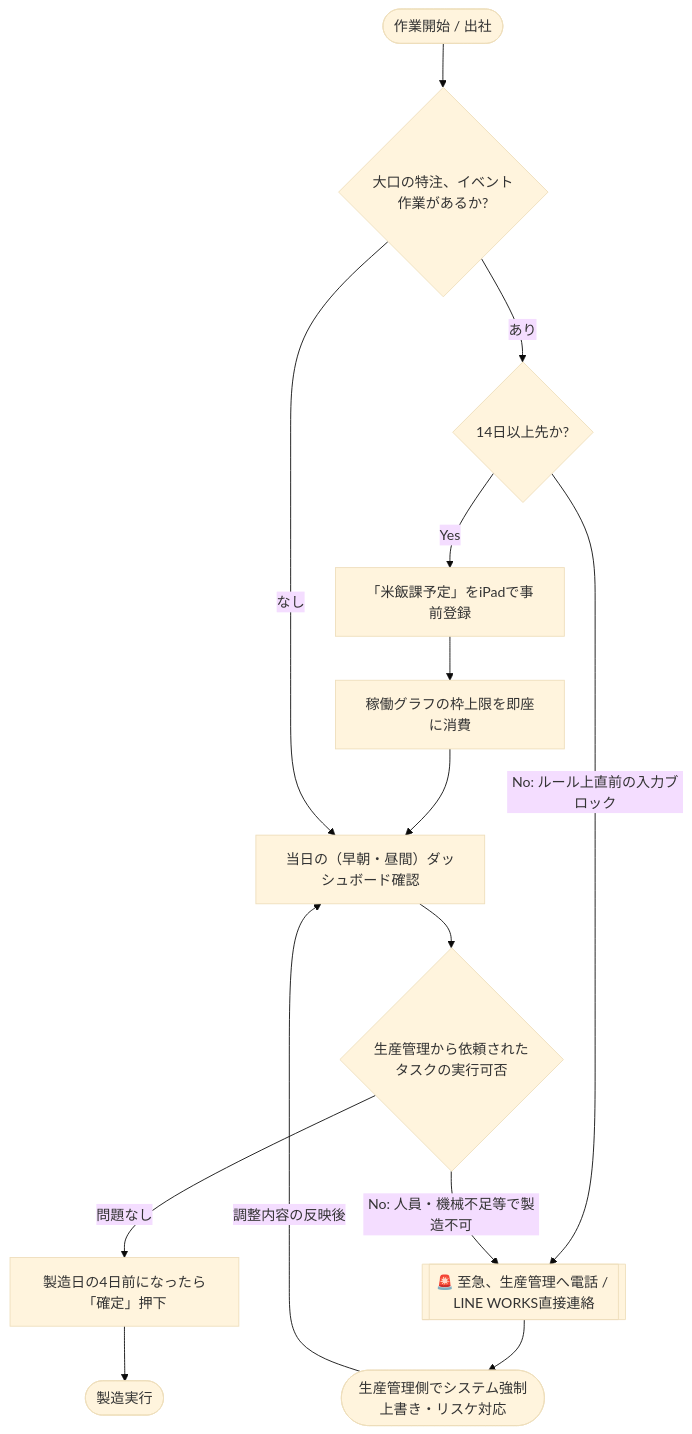
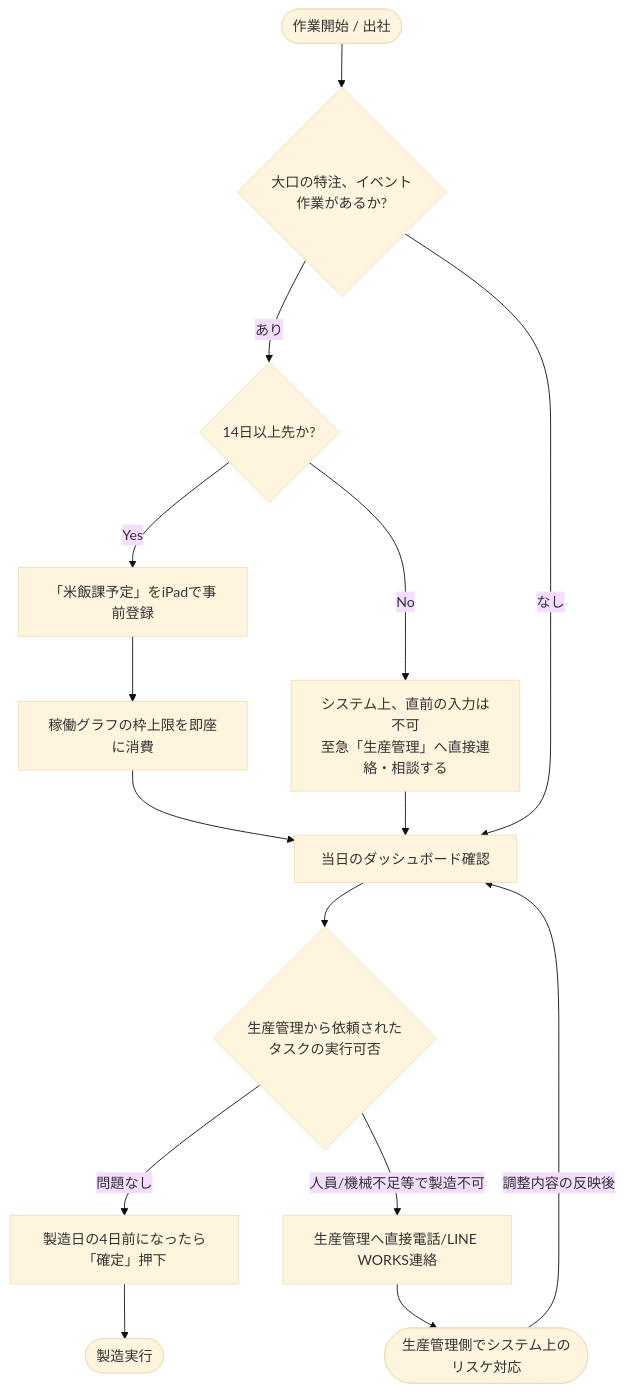
Before and after one commit to mihiro10/beihanka_irai_docs: the fourth of 4 diagrams in appsheet_architecture/01_system_architecture.md, drawn with Mermaid (base theme).

Commit message:
docs: separate production contact paths in flowcharts

````diff
--- a/appsheet_architecture/01_system_architecture.md
+++ b/appsheet_architecture/01_system_architecture.md
@@ -93,24 +93,21 @@
 ```mermaid
 flowchart TD
     A([作業開始 / 出社]) --> B{大口の特注、イベント<br>作業があるか?}
     
     B -->|あり| C{14日以上先か?}
     C -->|Yes| D[「米飯課予定」をiPadで事前登録]
+    C -->|No| E[システム上、直前の入力は不可<br>至急「生産管理」へ直接連絡・相談する]
     
     D --> F[稼働グラフの枠上限を即座に消費]
-    F --> G[当日の（早朝・昼間）ダッシュボード確認]
+    F --> G[当日のダッシュボード確認]
     B -->|なし| G
+    E --> G
     
     G --> H{生産管理から依頼された<br>タスクの実行可否}
     H -->|問題なし| I[製造日の4日前になったら「確定」押下]
     I --> J([製造実行])
     
-    %% 例外・エラー時の統合フロー (Exception Handling)
-    Z[[🚨 至急、生産管理へ電話 / LINE WORKS直接連絡]]
-    
-    C -->|No: ルール上直前の入力ブロック| Z
-    H -->|No: 人員・機械不足等で製造不可| Z
-    
-    Z --> L([生産管理側でシステム強制上書き・リスケ対応])
+    H -->|人員/機械不足等で製造不可| K[生産管理へ直接電話/LINE WORKS連絡]
+    K --> L([生産管理側でシステム上のリスケ対応])
     L -->|調整内容の反映後| G
 ```
````
